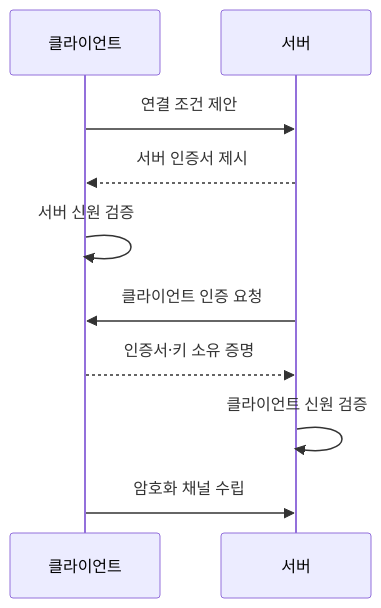
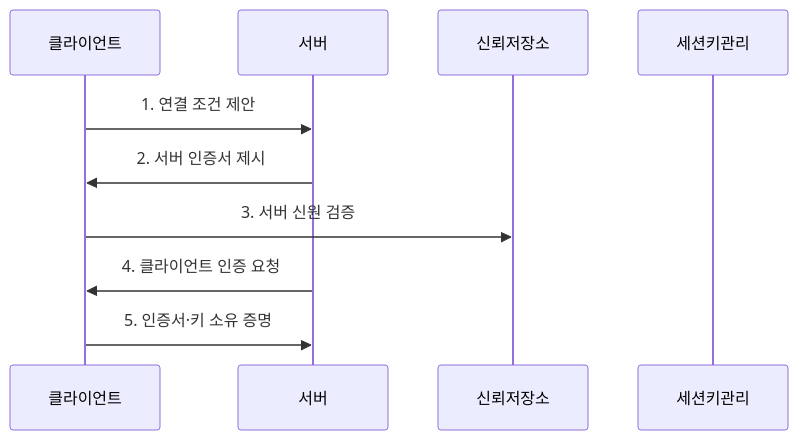
The second of 2 diagrams in src/content/docs/notes/04-network/031_mtls_mutual_tls.md (agnusdei1207/knowledge-base), drawn with Mermaid before and after one commit. The commit also changed other lines of this file and 20 other files, not shown here.

````diff
--- a/src/content/docs/notes/04-network/031_mtls_mutual_tls.md
+++ b/src/content/docs/notes/04-network/031_mtls_mutual_tls.md
@@ -72,12 +77,12 @@
 ```mermaid
 sequenceDiagram
-  participant C as 클라이언트
-  participant S as 서버
-  C->>S: 연결 조건 제안
-  S-->>C: 서버 인증서 제시
-  C->>C: 서버 신원 검증
-  S->>C: 클라이언트 인증 요청
-  C-->>S: 인증서·키 소유 증명
-  S->>S: 클라이언트 신원 검증
-  C->>S: 암호화 채널 수립
+    participant 클라이언트
+    participant 서버
+    participant 신뢰저장소
+    participant 세션키관리
+    클라이언트->>서버: 1. 연결 조건 제안
+    서버->>클라이언트: 2. 서버 인증서 제시
+    클라이언트->>신뢰저장소: 3. 서버 신원 검증
+    서버->>클라이언트: 4. 클라이언트 인증 요청
+    클라이언트->>서버: 5. 인증서·키 소유 증명
 ```
````
